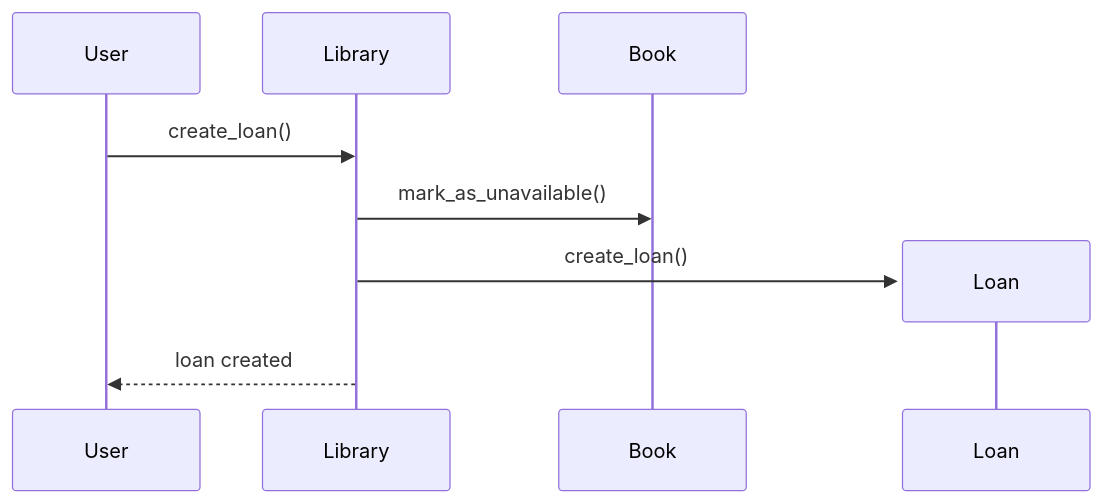
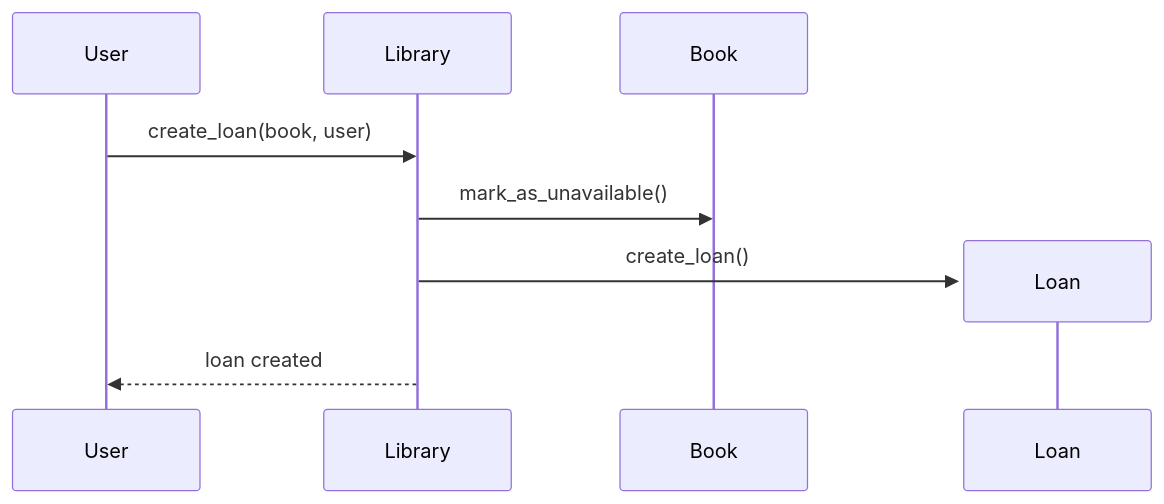
The diagram in uml_intro/1-sequence_diagram.mmd (EvaGLN/holbertonschool-sw_design_architecture), drawn with Mermaid before and after one commit.

Commit message:
Fix: checker validated while wrong. Real expectations

```diff
--- a/uml_intro/1-sequence_diagram.mmd
+++ b/uml_intro/1-sequence_diagram.mmd
@@ -1,10 +1,10 @@
 sequenceDiagram
     participant User
     participant Library
     participant Book
 
-    User->>Library: create_loan()
+    User->>Library: create_loan(book, user)
     Library->>Book: mark_as_unavailable()
     create participant Loan
     Library->>Loan: create_loan()
     Library-->>User: loan created
```
